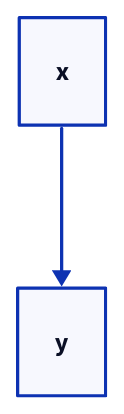
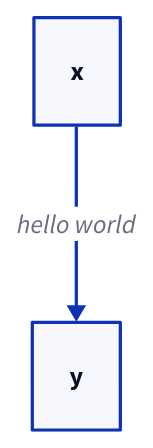
The first of 7 diagrams in example/index.md (BadgerHobbs/vitepress-plugin-d2), drawn with D2 before and after one commit. The commit also changed other lines of this file and 1 other file, not shown here.

````diff
--- a/example/index.md
+++ b/example/index.md
@@ -17,3 +9,3 @@
 ```d2
-x -> y
+x -> y: hello world
 ```
````
